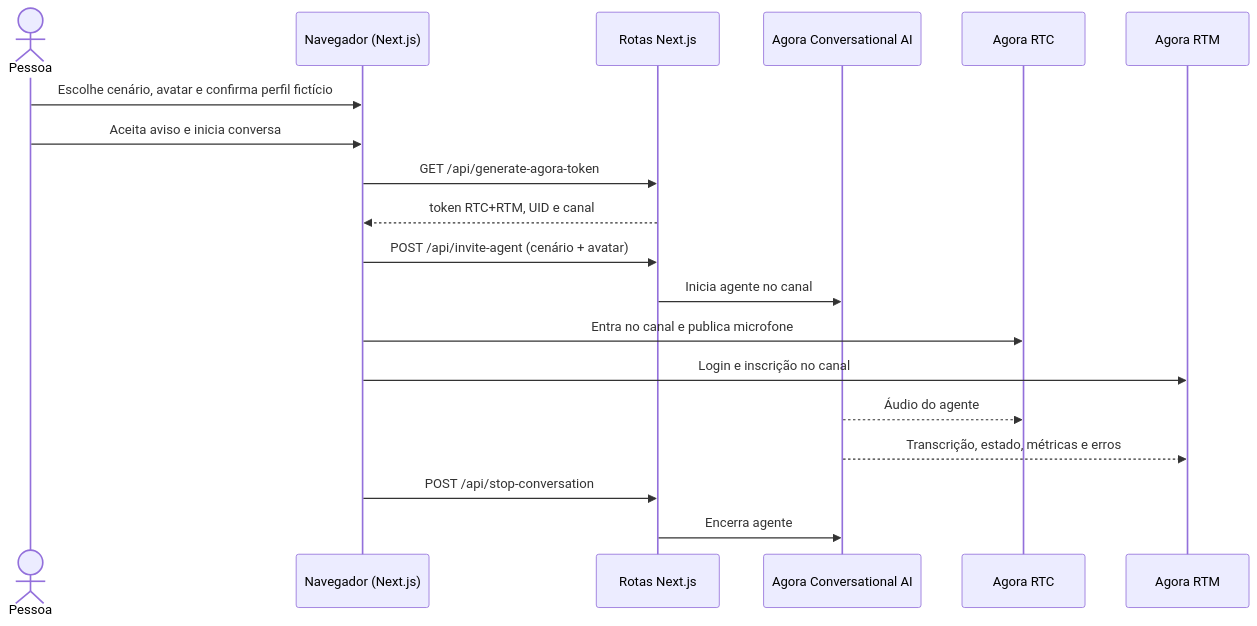
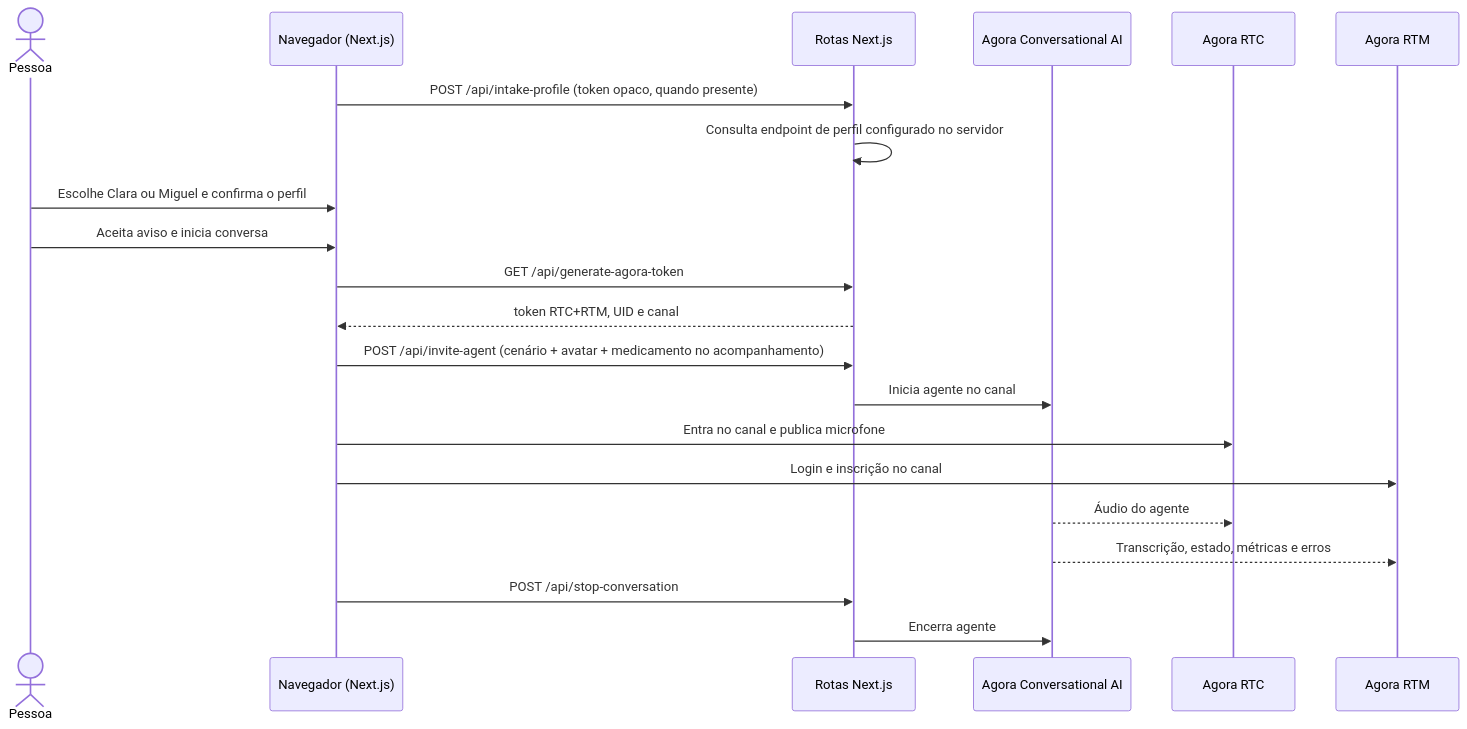
One commit to KlayvemGuimaraes/unmute-mvp changed the diagram in docs/INTEGRACAO_AGORA.md. Above: the diagram before and after it, drawn with Mermaid. The commit also changed other lines of this file and 34 other files, not shown here.

Commit message:
feat: complete Ouvira intake and Naranjo flow

````diff
--- a/docs/INTEGRACAO_AGORA.md
+++ b/docs/INTEGRACAO_AGORA.md
@@ -7,21 +7,23 @@
 ```mermaid
 sequenceDiagram
     actor Pessoa
     participant Web as Navegador (Next.js)
     participant API as Rotas Next.js
     participant Engine as Agora Conversational AI
     participant RTC as Agora RTC
     participant RTM as Agora RTM
-    Pessoa->>Web: Escolhe cenário, avatar e confirma perfil fictício
+    Web->>API: POST /api/intake-profile (token opaco, quando presente)
+    API->>API: Consulta endpoint de perfil configurado no servidor
+    Pessoa->>Web: Escolhe Clara ou Miguel e confirma o perfil
     Pessoa->>Web: Aceita aviso e inicia conversa
     Web->>API: GET /api/generate-agora-token
     API-->>Web: token RTC+RTM, UID e canal
-    Web->>API: POST /api/invite-agent (cenário + avatar)
+    Web->>API: POST /api/invite-agent (cenário + avatar + medicamento no acompanhamento)
     API->>Engine: Inicia agente no canal
     Web->>RTC: Entra no canal e publica microfone
     Web->>RTM: Login e inscrição no canal
     Engine-->>RTC: Áudio do agente
     Engine-->>RTM: Transcrição, estado, métricas e erros
     Web->>API: POST /api/stop-conversation
     API->>Engine: Encerra agente
 ```
````
